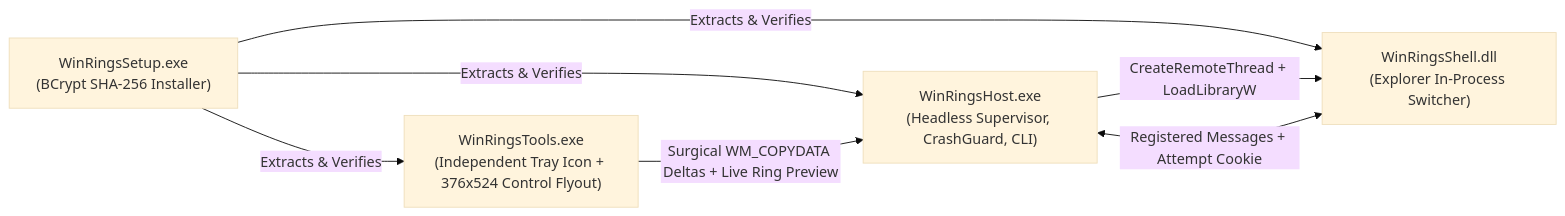
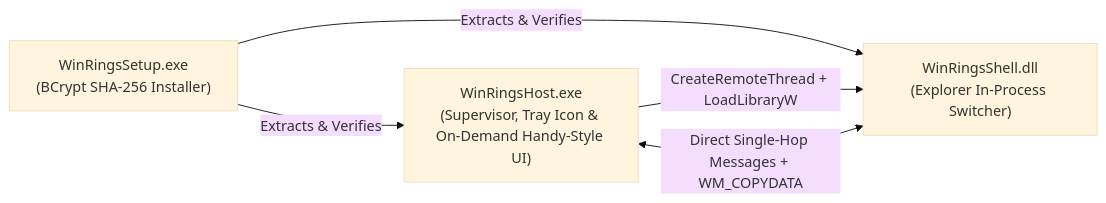
One commit to AhmadotEng/WinRings changed the diagram in docs/ARCHITECTURE.md. Above: the diagram before and after it, drawn with Mermaid (base theme). The commit also changed other lines of this file and 29 other files, not shown here.

````diff
--- a/docs/ARCHITECTURE.md
+++ b/docs/ARCHITECTURE.md
@@ -9,10 +9,8 @@
 ```mermaid
 flowchart LR
-    Setup["WinRingsSetup.exe<br/>(BCrypt SHA-256 Installer)"] -->|Extracts & Verifies| Host["WinRingsHost.exe<br/>(Headless Supervisor, CrashGuard, CLI)"]
+    Setup["WinRingsSetup.exe<br/>(BCrypt SHA-256 Installer)"] -->|Extracts & Verifies| Host["WinRingsHost.exe<br/>(Supervisor, Tray Icon & On-Demand Handy-Style UI)"]
     Setup -->|Extracts & Verifies| Shell["WinRingsShell.dll<br/>(Explorer In-Process Switcher)"]
-    Setup -->|Extracts & Verifies| Tools["WinRingsTools.exe<br/>(Independent Tray Icon + 376x524 Control Flyout)"]
 
     Host -->|CreateRemoteThread + LoadLibraryW| Shell
-    Host <-->|Registered Messages + Attempt Cookie| Shell
-    Tools -->|Surgical WM_COPYDATA Deltas + Live Ring Preview| Host
+    Host <-->|Direct Single-Hop Messages + WM_COPYDATA| Shell
 ```
````
